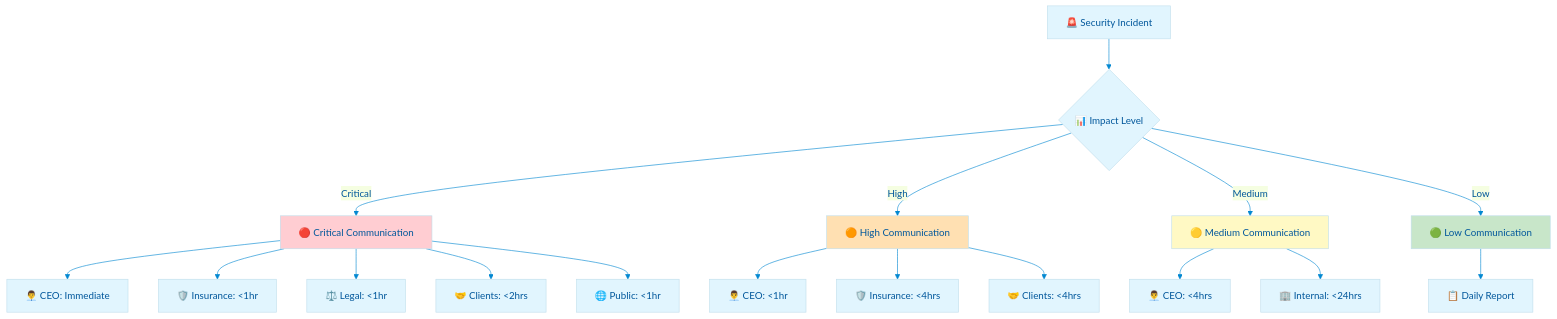
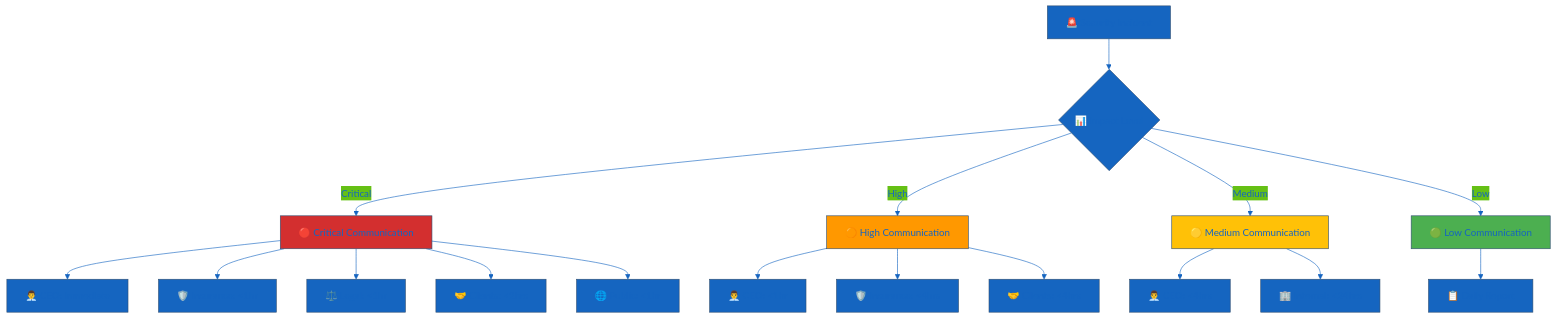
One commit to Hack23/ISMS-PUBLIC changed the tenth of 13 diagrams in Incident_Response_Plan.md. Above: the diagram before and after it, drawn with Mermaid. The commit also changed other lines of this file and 35 other files, not shown here.

````diff
--- a/Incident_Response_Plan.md
+++ b/Incident_Response_Plan.md
@@ -299,39 +739,39 @@
 ```mermaid
 %%{
   init: {
     'theme': 'base',
     'themeVariables': {
-      'primaryColor': '#e1f5fe',
-      'primaryTextColor': '#01579b',
-      'lineColor': '#0288d1'
+      'primaryColor': '#1565C0',
+      'primaryTextColor': '#1565C0',
+      'lineColor': '#1565C0'
     }
   }
 }%%
 graph TD
     INCIDENT[🚨 Security Incident] --> ASSESS{📊 Impact Level}
     
     ASSESS -->|Critical| CRIT_COMM[🔴 Critical Communication]
     ASSESS -->|High| HIGH_COMM[🟠 High Communication]  
     ASSESS -->|Medium| MED_COMM[🟡 Medium Communication]
     ASSESS -->|Low| LOW_COMM[🟢 Low Communication]
     
     CRIT_COMM --> CEO[👨‍💼 CEO: Immediate]
     CRIT_COMM --> INSURANCE[🛡️ Insurance: <1hr]
     CRIT_COMM --> LEGAL[⚖️ Legal: <1hr]
     CRIT_COMM --> CLIENTS[🤝 Clients: <2hrs]
     CRIT_COMM --> PUBLIC[🌐 Public: <1hr]
     
     HIGH_COMM --> CEO2[👨‍💼 CEO: <1hr]
     HIGH_COMM --> INSURANCE2[🛡️ Insurance: <4hrs]
     HIGH_COMM --> CLIENTS2[🤝 Clients: <4hrs]
     
     MED_COMM --> CEO3[👨‍💼 CEO: <4hrs]
     MED_COMM --> INTERNAL[🏢 Internal: <24hrs]
     
     LOW_COMM --> REPORT[📋 Daily Report]
     
-    style CRIT_COMM fill:#ffcdd2
-    style HIGH_COMM fill:#ffe0b2
-    style MED_COMM fill:#fff9c4
-    style LOW_COMM fill:#c8e6c9
+    style CRIT_COMM fill:#D32F2F
+    style HIGH_COMM fill:#FF9800
+    style MED_COMM fill:#FFC107
+    style LOW_COMM fill:#4CAF50
 ```
````
